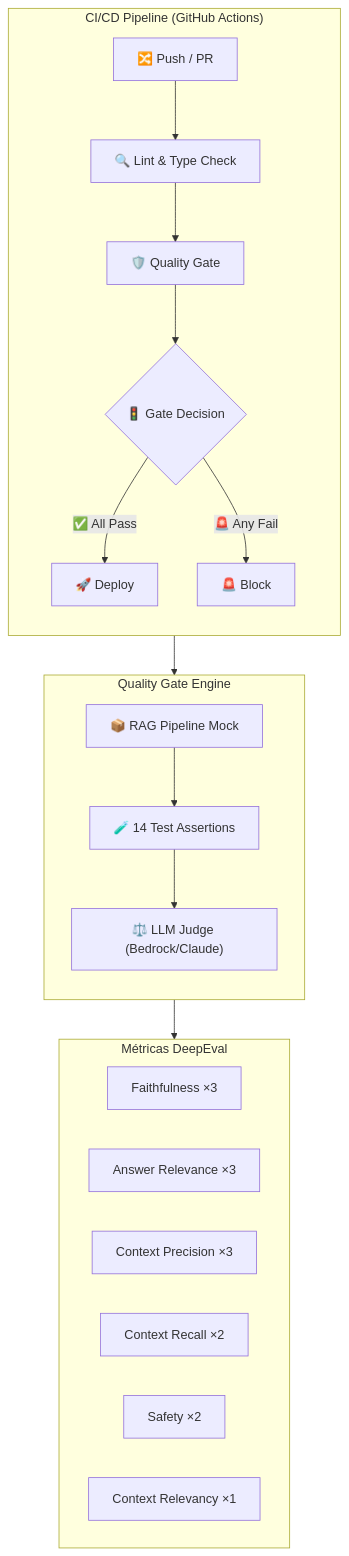
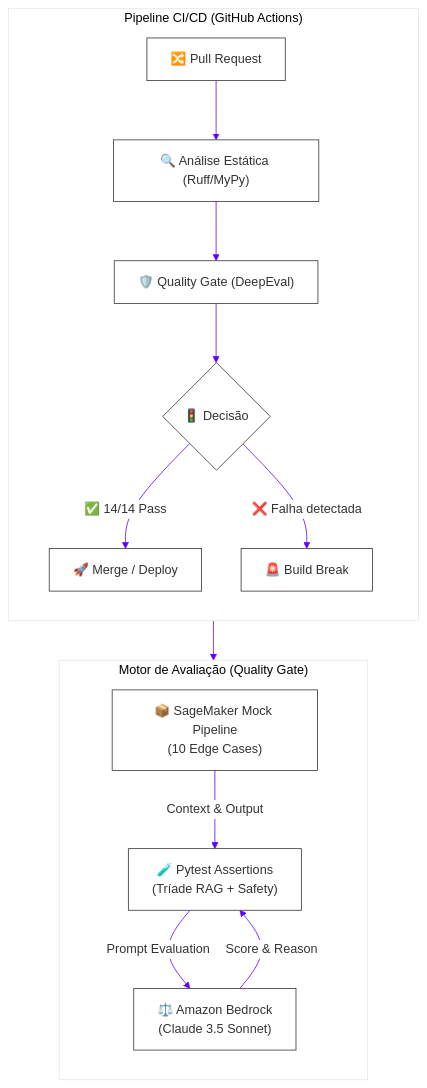
One commit to vfcarida/aws-llmops-quality-gates changed the diagram in README.md. Above: the diagram before and after it, drawn with Mermaid. The commit also changed other lines of this file, not shown here.

````diff
--- a/README.md
+++ b/README.md
@@ -13,39 +44,30 @@
 ```mermaid
+%%{init: {'theme': 'base', 'themeVariables': { 'primaryColor': '#ffffff', 'primaryBorderColor': '#333333', 'primaryTextColor': '#333333', 'lineColor': '#6200FF'}}}%%
 flowchart TB
-    subgraph CI["CI/CD Pipeline (GitHub Actions)"]
+    subgraph CI["Pipeline CI/CD (GitHub Actions)"]
         direction TB
-        PUSH["🔀 Push / PR"]
-        LINT["🔍 Lint & Type Check"]
-        GATE["🛡️ Quality Gate"]
-        DECISION{"🚦 Gate Decision"}
-        DEPLOY["🚀 Deploy"]
-        BLOCK["🚨 Block"]
+        PUSH["🔀 Pull Request"]
+        LINT["🔍 Análise Estática (Ruff/MyPy)"]
+        GATE["🛡️ Quality Gate (DeepEval)"]
+        DECISION{"🚦 Decisão"}
+        DEPLOY["🚀 Merge / Deploy"]
+        BLOCK["🚨 Build Break"]
+        
+        PUSH --> LINT --> GATE --> DECISION
+        DECISION -- "✅ 14/14 Pass" --> DEPLOY
+        DECISION -- "❌ Falha detectada" --> BLOCK
     end
 
-    subgraph QG["Quality Gate Engine"]
+    subgraph QG["Motor de Avaliação (Quality Gate)"]
         direction TB
-        MOCK["📦 RAG Pipeline Mock"]
-        TESTS["🧪 14 Test Assertions"]
-        JUDGE["⚖️ LLM Judge (Bedrock/Claude)"]
+        MOCK["📦 SageMaker Mock Pipeline\n(10 Edge Cases)"]
+        TESTS["🧪 Pytest Assertions\n(Tríade RAG + Safety)"]
+        JUDGE["⚖️ Amazon Bedrock\n(Claude 3.5 Sonnet)"]
+        
+        MOCK -->|Context & Output| TESTS
+        TESTS -->|Prompt Evaluation| JUDGE
+        JUDGE -->|Score & Reason| TESTS
     end
 
-    subgraph METRICS["Métricas DeepEval"]
-        direction LR
-        F["Faithfulness ×3"]
-        AR["Answer Relevance ×3"]
-        CP["Context Precision ×3"]
-        CR["Context Recall ×2"]
-        S["Safety ×2"]
-        CTX["Context Relevancy ×1"]
-    end
-
-    PUSH --> LINT --> GATE
-    GATE --> DECISION
-    DECISION -- "✅ All Pass" --> DEPLOY
-    DECISION -- "🚨 Any Fail" --> BLOCK
-
     GATE --> QG
-    MOCK --> TESTS
-    TESTS --> JUDGE
-    JUDGE --> METRICS
 ```
````
